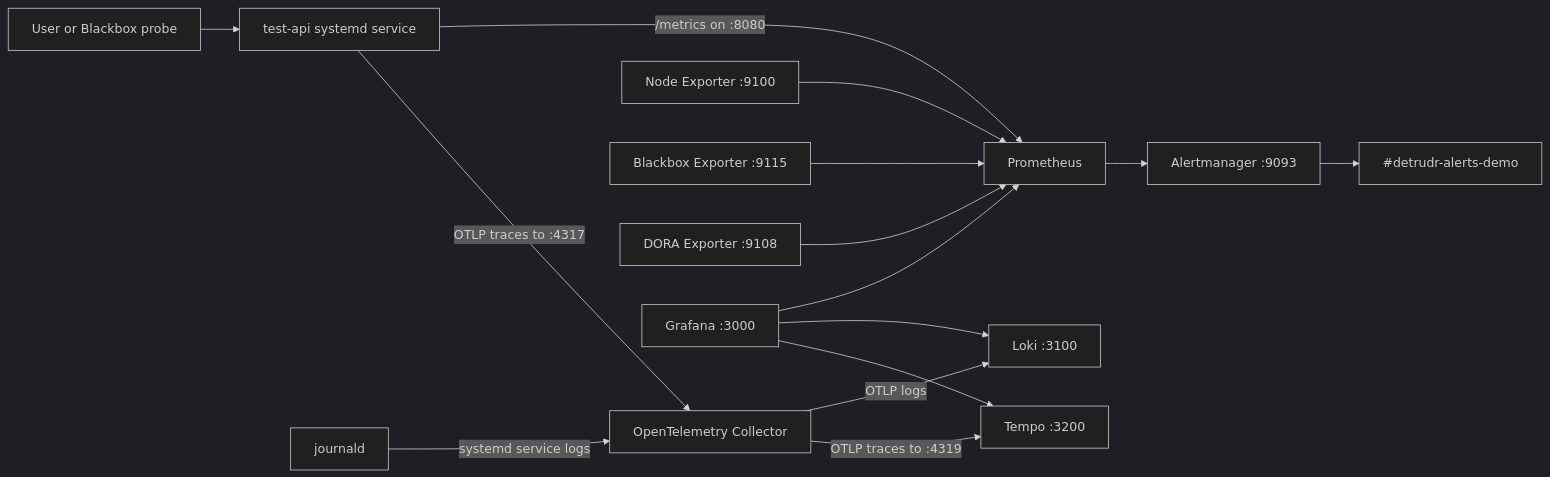
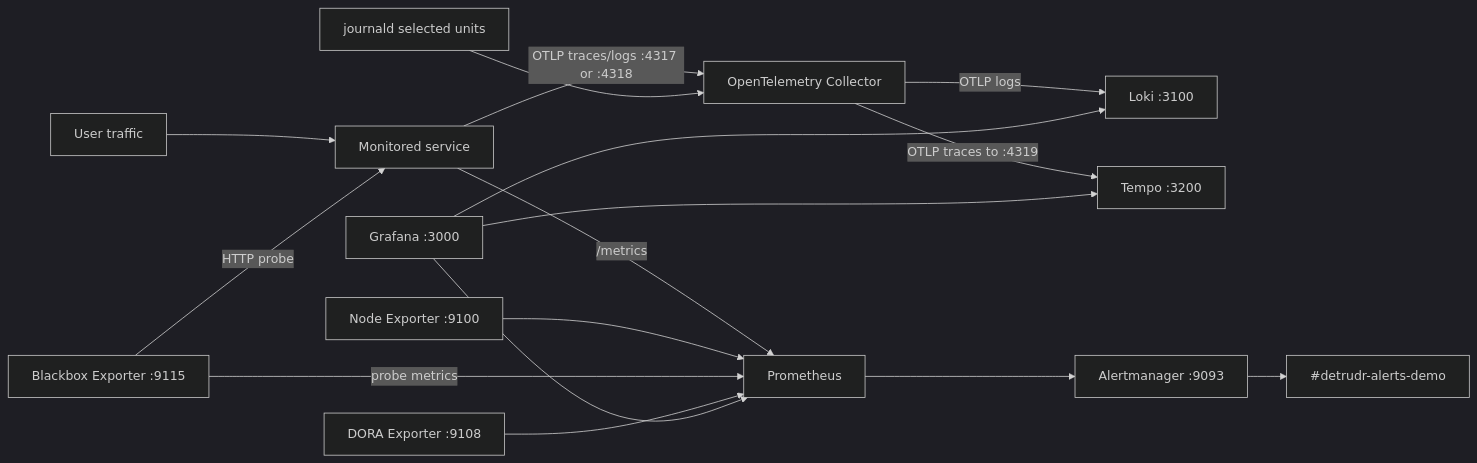
One commit to Okpainmo/personal-trainer-observability-and-reliability-deployment changed the first of 4 diagrams in docs/architecture.md. Above: the diagram before and after it, drawn with Mermaid (dark theme). The commit also changed other lines of this file and 10 other files, not shown here.

````diff
--- a/docs/architecture.md
+++ b/docs/architecture.md
@@ -5,17 +29,18 @@
 ```mermaid
 flowchart LR
-  U[User or Blackbox probe] --> API[test-api systemd service]
-  API -->|/metrics on :8080| P[Prometheus]
-  API -->|OTLP traces to :4317| OTel[OpenTelemetry Collector]
-  Journal[journald] -->|systemd service logs| OTel
+  User[User traffic] --> App[Monitored service]
+  BB[Blackbox Exporter :9115] -->|HTTP probe| App
+  App -->|/metrics| P[Prometheus]
+  App -->|OTLP traces/logs :4317 or :4318| OTel[OpenTelemetry Collector]
+  Journal[journald selected units] --> OTel
   OTel -->|OTLP logs| Loki[Loki :3100]
   OTel -->|OTLP traces to :4319| Tempo[Tempo :3200]
   NE[Node Exporter :9100] --> P
-  BB[Blackbox Exporter :9115] --> P
+  BB -->|probe metrics| P
   Dora[DORA Exporter :9108] --> P
   P --> AM[Alertmanager :9093]
   AM --> Slack[#detrudr-alerts-demo]
   Grafana[Grafana :3000] --> P
   Grafana --> Loki
   Grafana --> Tempo
 ```
````
